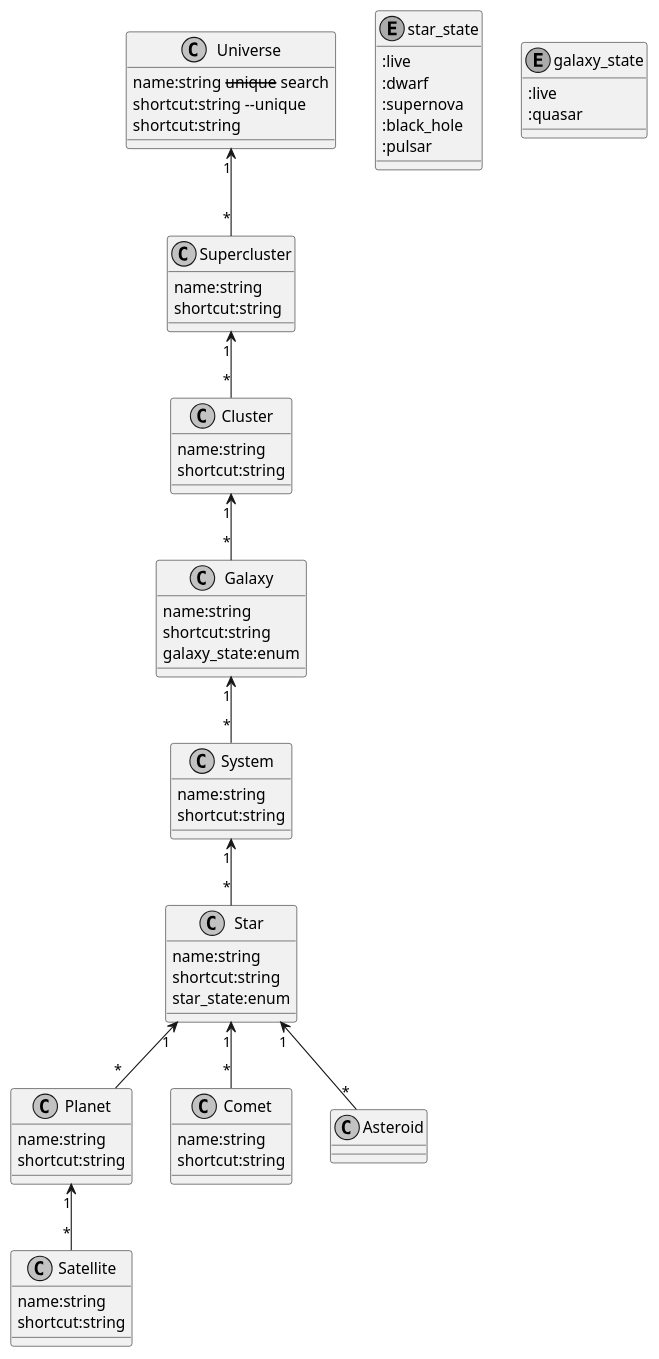
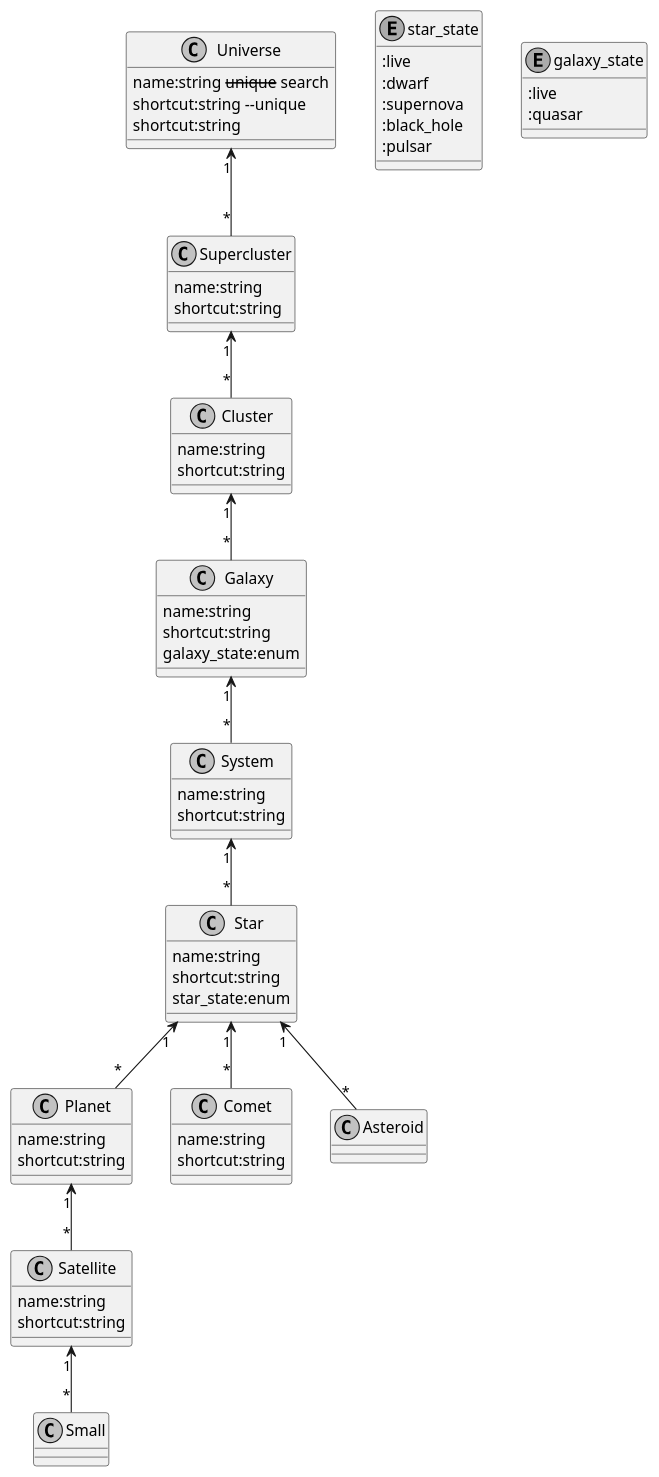
One commit to jrcech/rails_template changed the diagram in docs/test.md. Above: the diagram before and after it, drawn with PlantUML. The commit also changed 1 other file, not shown here.

Commit message:
Improve associations hash

````diff
--- a/docs/test.md
+++ b/docs/test.md
@@ -80,5 +80,6 @@
 Star "1" <-- "*" Asteroid
 
 Planet "1" <-- "*" Satellite
+Satellite "1" <-- "*" Small
 @enduml
 ```
````
